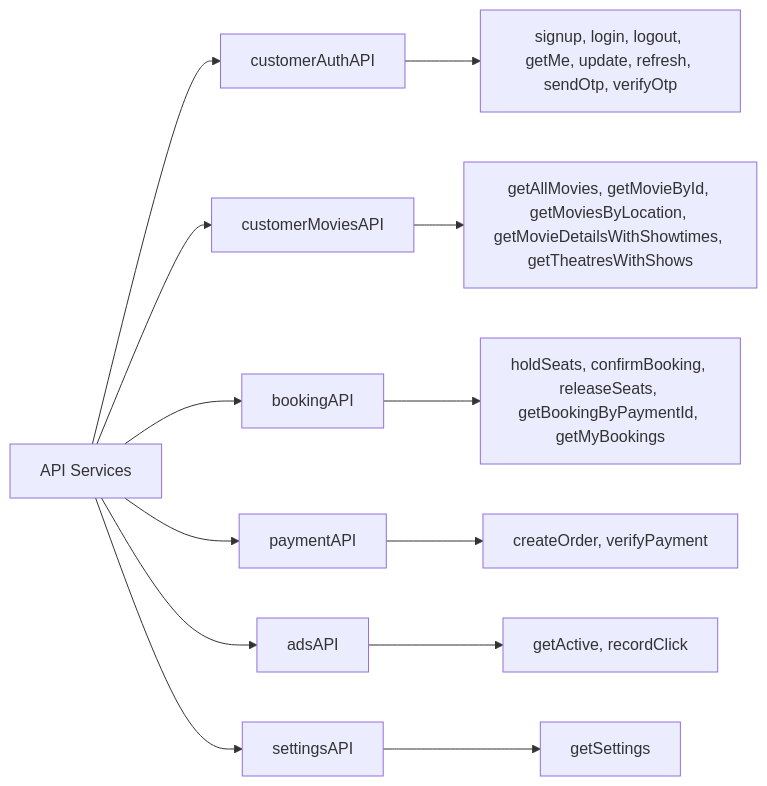
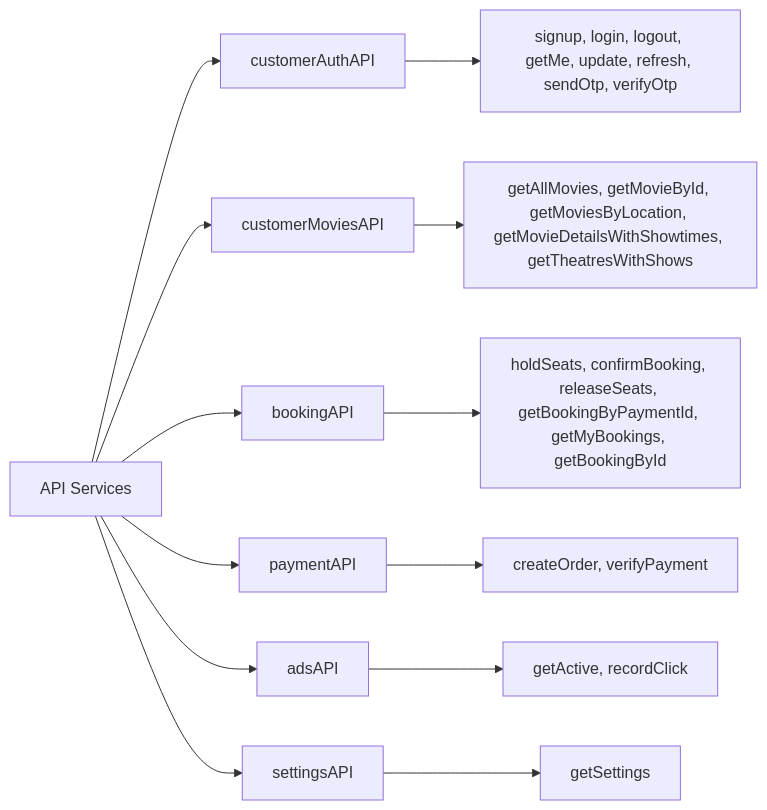
Before and after one commit to hduraimurugan/cinema-app-docs: diagram 14 of 20 in users.md, drawn with Mermaid. The commit also changed other lines of this file and 1 other file, not shown here.

Commit message:
update: enhance documentation for booking details; add new endpoint for fetching a single booking by UUID and detail view information

````diff
--- a/users.md
+++ b/users.md
@@ -923,16 +969,16 @@
 ```mermaid
 graph LR
     A[API Services] --> B[customerAuthAPI]
     A --> C[customerMoviesAPI]
     A --> D[bookingAPI]
     A --> E[paymentAPI]
     A --> F2[adsAPI]
     A --> G2[settingsAPI]
 
     B --> F[signup, login, logout, getMe, update, refresh, sendOtp, verifyOtp]
     C --> G[getAllMovies, getMovieById, getMoviesByLocation, getMovieDetailsWithShowtimes, getTheatresWithShows]
-    D --> H[holdSeats, confirmBooking, releaseSeats, getBookingByPaymentId, getMyBookings]
+    D --> H[holdSeats, confirmBooking, releaseSeats, getBookingByPaymentId, getMyBookings, getBookingById]
     E --> I[createOrder, verifyPayment]
     F2 --> J[getActive, recordClick]
     G2 --> K[getSettings]
 ```
````
